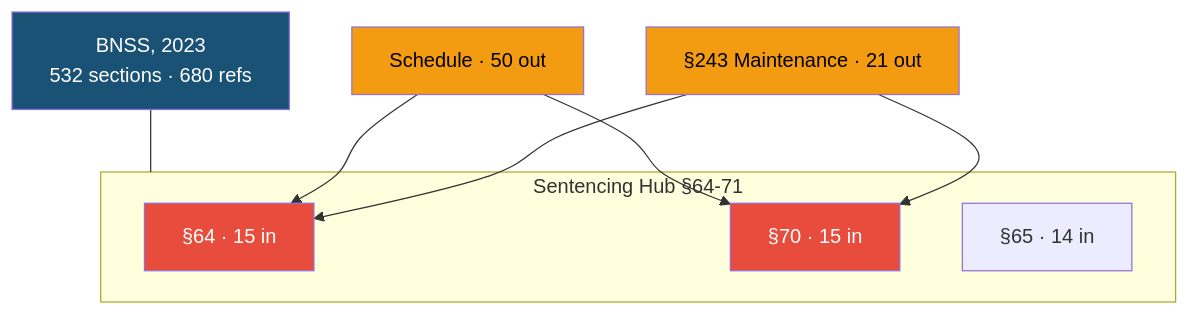
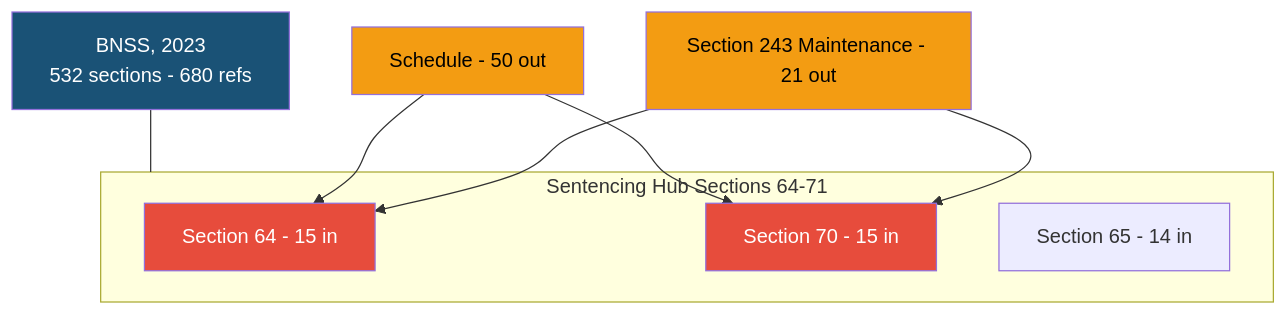
The fourth of 5 diagrams in README.md (shikharpant/nyaya-ledger), drawn with Mermaid before and after one commit. The commit also changed other lines of this file and 1 other file, not shown here.

Commit message:
Fix README Mermaid rendering

````diff
--- a/README.md
+++ b/README.md
@@ -241,24 +246,26 @@
 ```mermaid
 graph TD
-    BNSS["BNSS, 2023<br/>532 sections &middot; 680 refs"]
+    BNSS["BNSS, 2023<br/>532 sections - 680 refs"]
 
-    subgraph Hub["Sentencing Hub &sect;64-71"]
-        S64["&sect;64 &middot; 15 in"]
-        S70["&sect;70 &middot; 15 in"]
-        S65["&sect;65 &middot; 14 in"]
+    subgraph Hub["Sentencing Hub Sections 64-71"]
+        S64["Section 64 - 15 in"]
+        S70["Section 70 - 15 in"]
+        S65["Section 65 - 14 in"]
     end
 
     BNSS --- Hub
 
-    S243["&sect;243 Maintenance &middot; 21 out"]
-    SCHEDULE["Schedule &middot; 50 out"]
+    S243["Section 243 Maintenance - 21 out"]
+    SCHEDULE["Schedule - 50 out"]
 
-    S243 --> S64 & S70
-    SCHEDULE --> S64 & S70
+    S243 --> S64
+    S243 --> S70
+    SCHEDULE --> S64
+    SCHEDULE --> S70
 
     style BNSS fill:#1a5276,color:#fff
     style S64 fill:#e74c3c,color:#fff
     style S70 fill:#e74c3c,color:#fff
     style S243 fill:#f39c12,color:#000
     style SCHEDULE fill:#f39c12,color:#000
 ```
````
